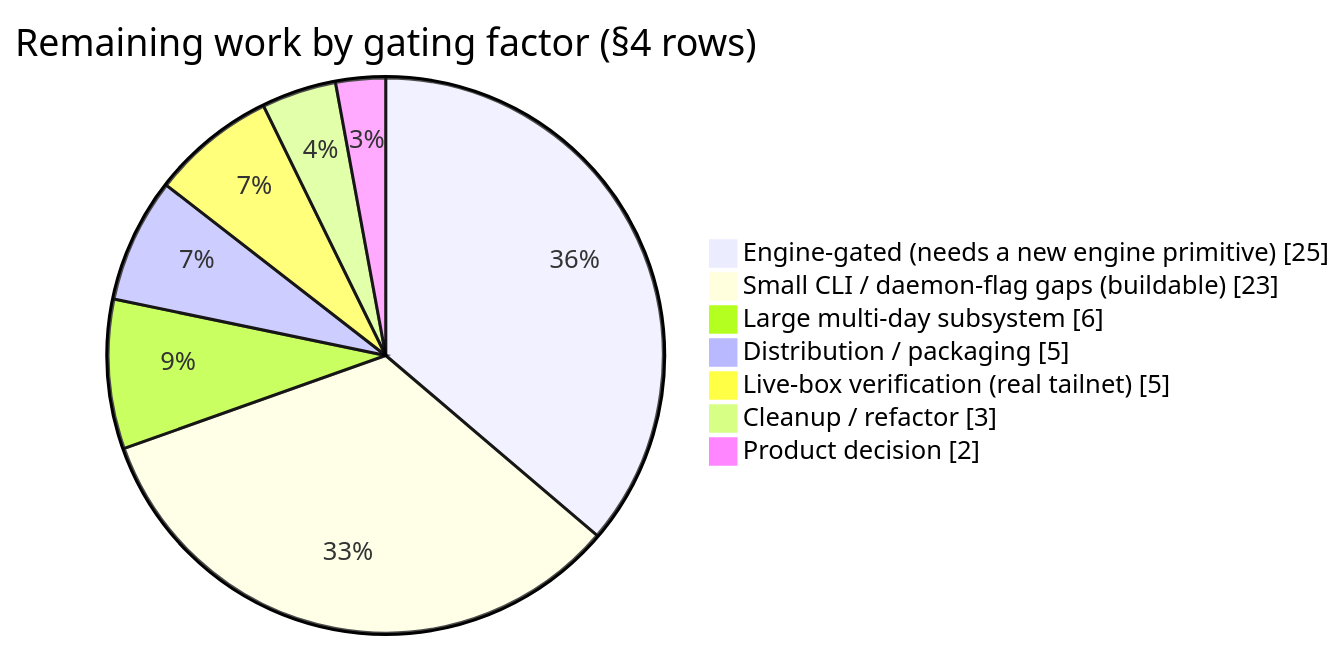
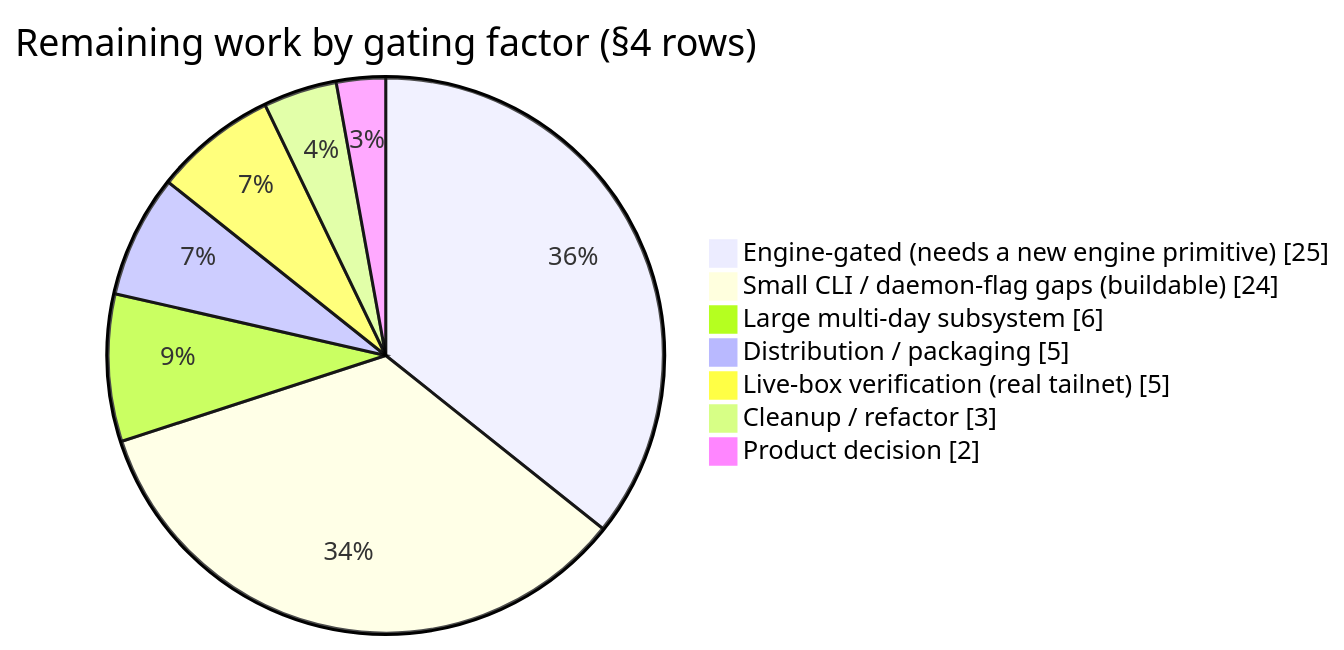
The first of 3 diagrams in docs/PARITY_GAP_ANALYSIS.md (GeiserX/tailscaled-rs), drawn with Mermaid before and after one commit. The commit also changed other lines of this file and 1 other file, not shown here.

````diff
--- a/docs/PARITY_GAP_ANALYSIS.md
+++ b/docs/PARITY_GAP_ANALYSIS.md
@@ -55,11 +60,11 @@
 ```mermaid
 pie showData
     title Remaining work by gating factor (§4 rows)
     "Engine-gated (needs a new engine primitive)" : 25
-    "Small CLI / daemon-flag gaps (buildable)" : 23
+    "Small CLI / daemon-flag gaps (buildable)" : 24
     "Large multi-day subsystem" : 6
     "Distribution / packaging" : 5
     "Live-box verification (real tailnet)" : 5
     "Cleanup / refactor" : 3
     "Product decision" : 2
 ```
````
